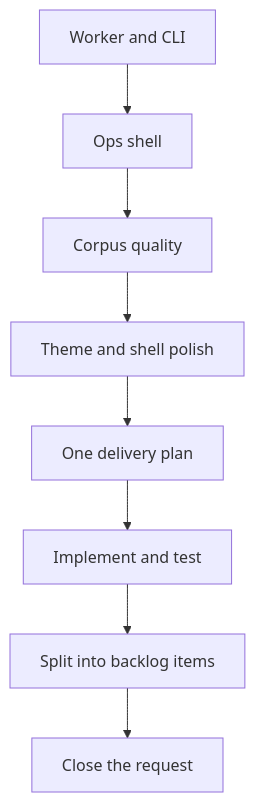
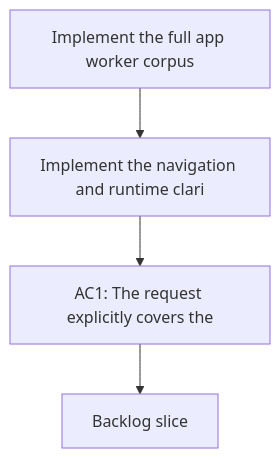
The diagram in logics/request/req_017_implement_the_full_app_worker_corpus_and_shell_plan.md (AlexAgo83/deepvault), drawn with Mermaid before and after one commit. The commit also changed other lines of this file and 10 other files, not shown here.

Commit message:
chore(logics): close umbrella plan and sync workflow docs

````diff
--- a/logics/request/req_017_implement_the_full_app_worker_corpus_and_shell_plan.md
+++ b/logics/request/req_017_implement_the_full_app_worker_corpus_and_shell_plan.md
@@ -25,12 +25,8 @@
 ```mermaid
 %% logics-kind: request
-%% logics-signature: request|implement-the-full-app-worker-corpus-and-shell-plan|four-stream-delivery-plan|ac1-confirm-the-plan-covers-worker-ops|implement-and-test-the-whole-plan
+%% logics-signature: request|implement-the-full-app-worker-corpus-and|implement-the-navigation-and-runtime-cla|ac1-the-request-explicitly-covers-the
 flowchart TD
-    A[Worker and CLI] --> B[Ops shell]
-    B --> C[Corpus quality]
-    C --> D[Theme and shell polish]
-    D --> E[One delivery plan]
-    E --> F[Implement and test]
-    F --> G[Split into backlog items]
-    G --> H[Close the request]
+    Trigger[Implement the full app worker corpus] --> Need[Implement the navigation and runtime clari]
+    Need --> Outcome[AC1: The request explicitly covers the]
+    Outcome --> Backlog[Backlog slice]
 ```
````
